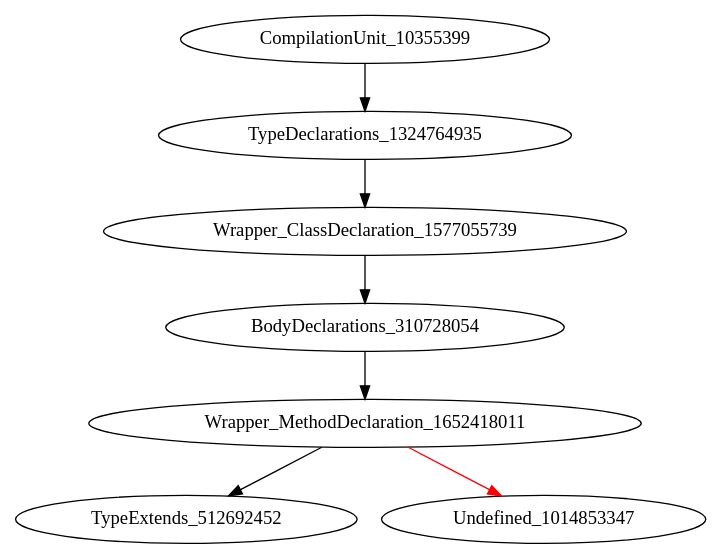
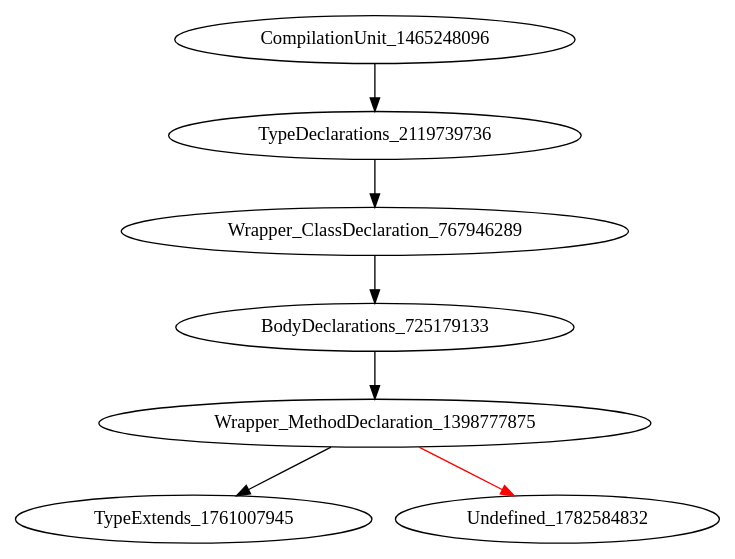
The diagram in holeAST.dot (icse2023material/VoiceJava), drawn with Graphviz before and after one commit. The commit also changed 13 other files, not shown here.

```diff
--- a/holeAST.dot
+++ b/holeAST.dot
@@ -1,8 +1,8 @@
 digraph {
-CompilationUnit_10355399 -> TypeDeclarations_1324764935
-TypeDeclarations_1324764935 -> Wrapper_ClassDeclaration_1577055739
-Wrapper_ClassDeclaration_1577055739 -> BodyDeclarations_310728054
-BodyDeclarations_310728054 -> Wrapper_MethodDeclaration_1652418011
-Wrapper_MethodDeclaration_1652418011 -> TypeExtends_512692452
-Wrapper_MethodDeclaration_1652418011 -> Undefined_1014853347 [color = red] 
+CompilationUnit_1465248096 -> TypeDeclarations_2119739736
+TypeDeclarations_2119739736 -> Wrapper_ClassDeclaration_767946289
+Wrapper_ClassDeclaration_767946289 -> BodyDeclarations_725179133
+BodyDeclarations_725179133 -> Wrapper_MethodDeclaration_1398777875
+Wrapper_MethodDeclaration_1398777875 -> TypeExtends_1761007945
+Wrapper_MethodDeclaration_1398777875 -> Undefined_1782584832 [color = red] 
 }
```
